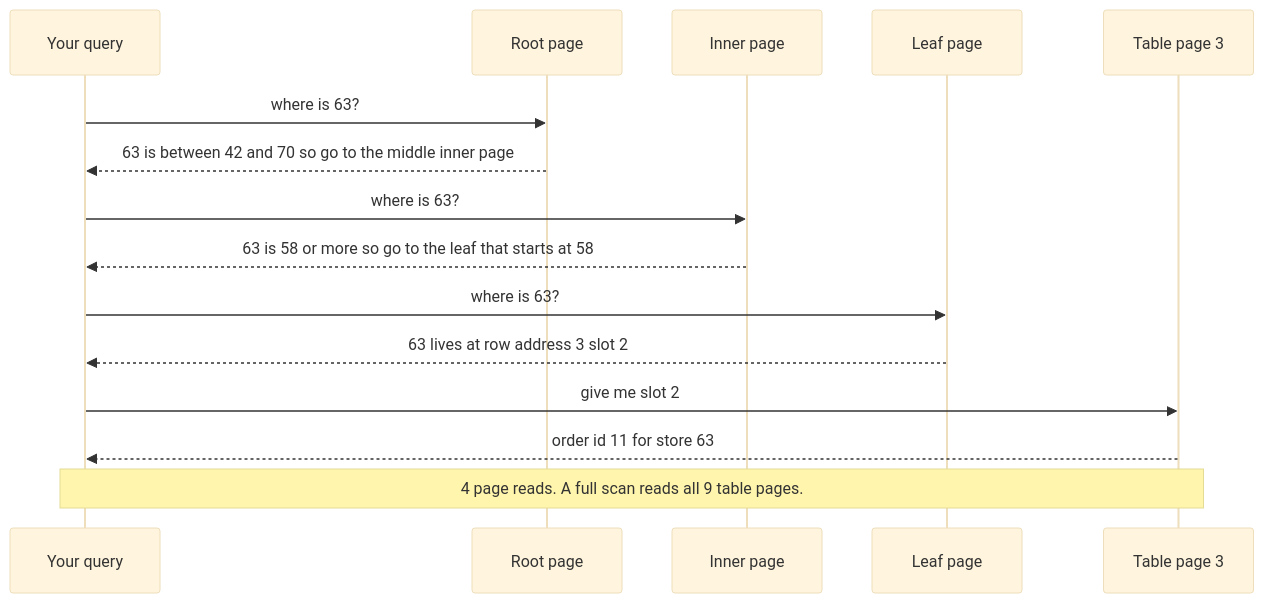
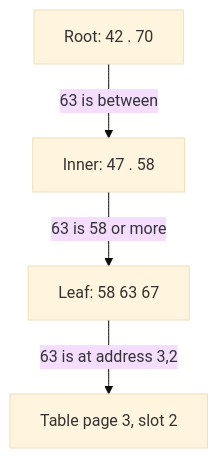
The third of 5 diagrams in learn/database/09-indexes-and-b-trees.md (starjustice/research-material), drawn with Mermaid (base theme) before and after one commit. The commit also changed other lines of this file, not shown here.

Commit message:
Reshape Database lesson 09 (Indexes and B-trees) into short cards with guess bars and blue More detail bars

````diff
--- a/learn/database/09-indexes-and-b-trees.md
+++ b/learn/database/09-indexes-and-b-trees.md
@@ -52,17 +156,6 @@
 ```mermaid
-sequenceDiagram
-    participant Q as Your query
-    participant R as Root page
-    participant I as Inner page
-    participant L as Leaf page
-    participant T as Table page 3
-    Q->>R: where is 63?
-    R-->>Q: 63 is between 42 and 70 so go to the middle inner page
-    Q->>I: where is 63?
-    I-->>Q: 63 is 58 or more so go to the leaf that starts at 58
-    Q->>L: where is 63?
-    L-->>Q: 63 lives at row address 3 slot 2
-    Q->>T: give me slot 2
-    T-->>Q: order id 11 for store 63
-    Note over Q,T: 4 page reads. A full scan reads all 9 table pages.
+graph TB
+    R["Root: 42 . 70"] -->|63 is between| I["Inner: 47 . 58"]
+    I -->|63 is 58 or more| L["Leaf: 58 63 67"]
+    L -->|63 is at address 3,2| T["Table page 3, slot 2"]
 ```
````
